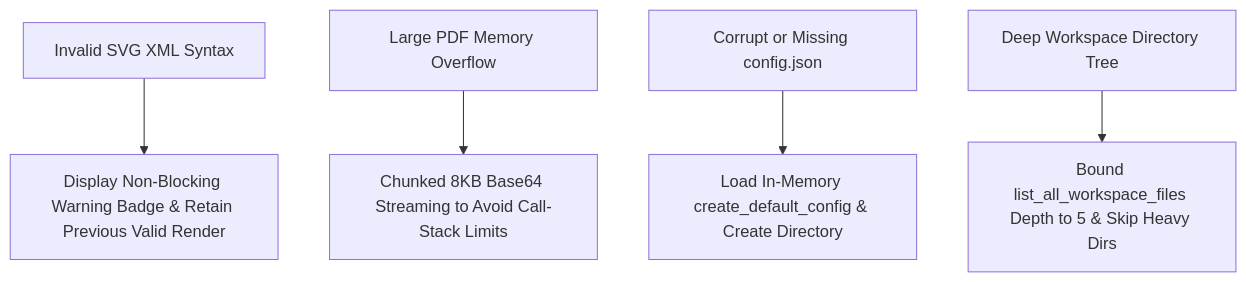
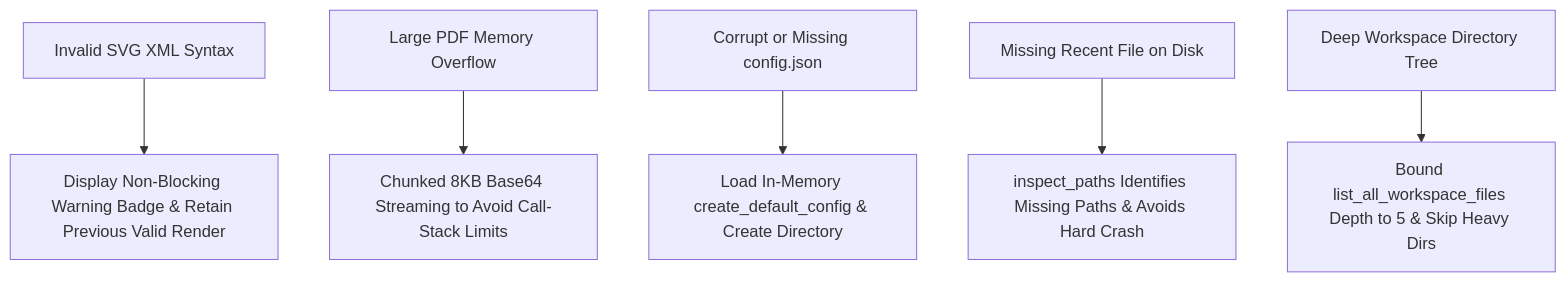
Before and after one commit to zishan049/Composer: the eighth of 9 diagrams in PRD.md, drawn with Mermaid. The commit also changed other lines of this file and 1 other file, not shown here.

Commit message:
feat: add Home dashboard with global search, modular CSS architecture, and project-wide documentation updates

````diff
--- a/PRD.md
+++ b/PRD.md
@@ -582,7 +654,8 @@
 ```mermaid
 flowchart TD
     E1[Invalid SVG XML Syntax] --> R1[Display Non-Blocking Warning Badge & Retain Previous Valid Render]
     E2[Large PDF Memory Overflow] --> R2[Chunked 8KB Base64 Streaming to Avoid Call-Stack Limits]
     E3[Corrupt or Missing config.json] --> R3[Load In-Memory create_default_config & Create Directory]
+    E4[Missing Recent File on Disk] --> R4[inspect_paths Identifies Missing Paths & Avoids Hard Crash]
     E5[Deep Workspace Directory Tree] --> R5[Bound list_all_workspace_files Depth to 5 & Skip Heavy Dirs]
 ```
````
